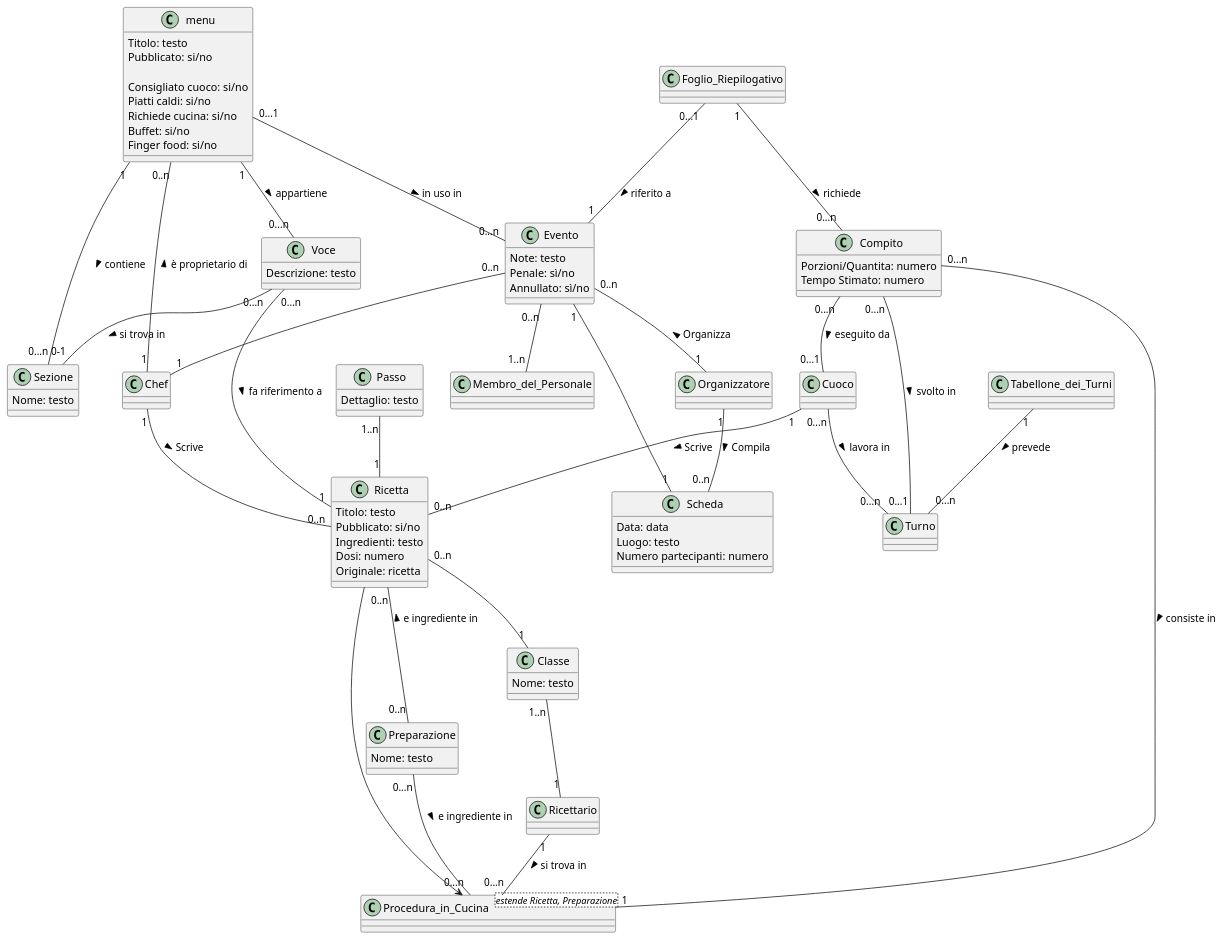
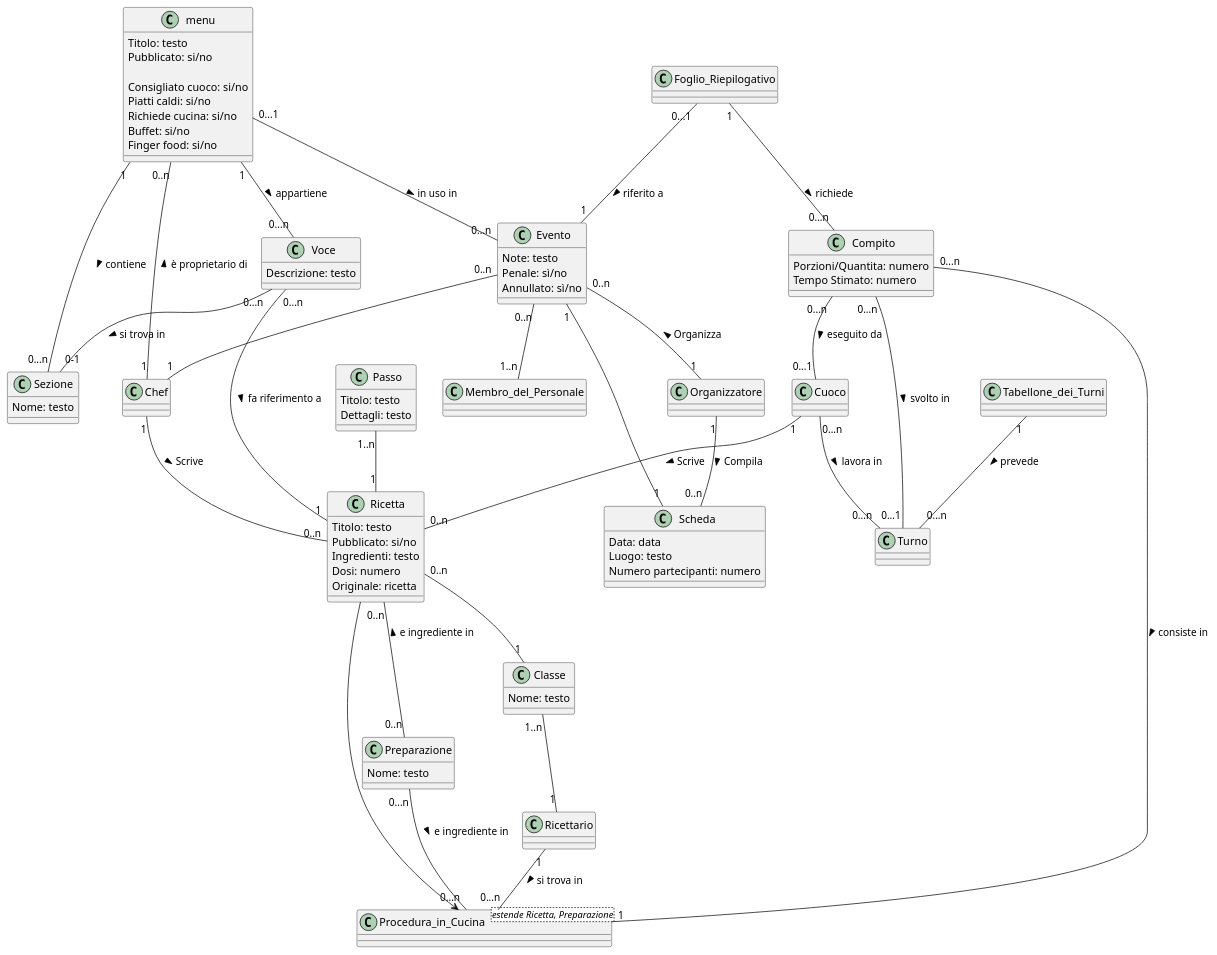
One commit to m0canu1/sas changed the diagram in mdd/modello-di-dominio.md. Above: the diagram before and after it, drawn with PlantUML. The commit also changed 1 other file, not shown here.

Commit message:
Modifica MDD e corretto il contratto per eventi(work in progress)

```diff
--- a/mdd/modello-di-dominio.md
+++ b/mdd/modello-di-dominio.md
@@ -36,7 +36,8 @@
 }
 
 Class Passo {
-	Dettaglio: testo
+    Titolo: testo
+    Dettagli: testo
 }
 
 Class Classe {
```
